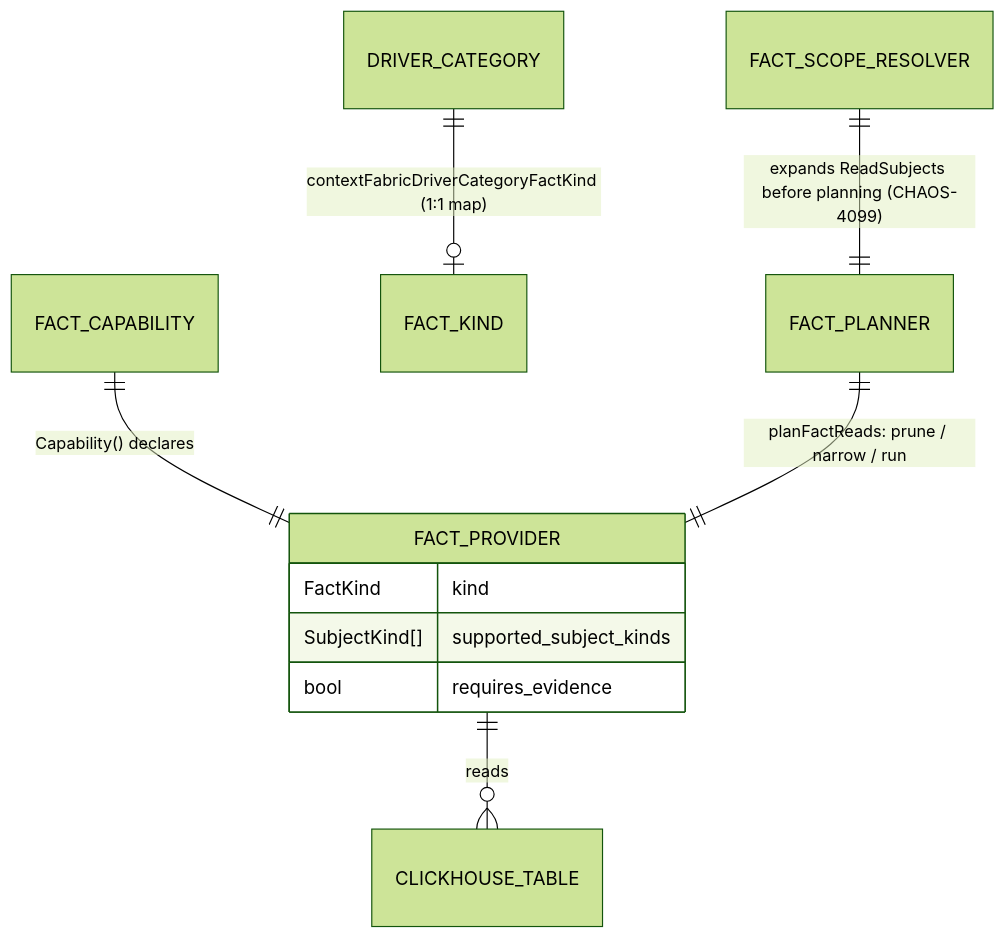
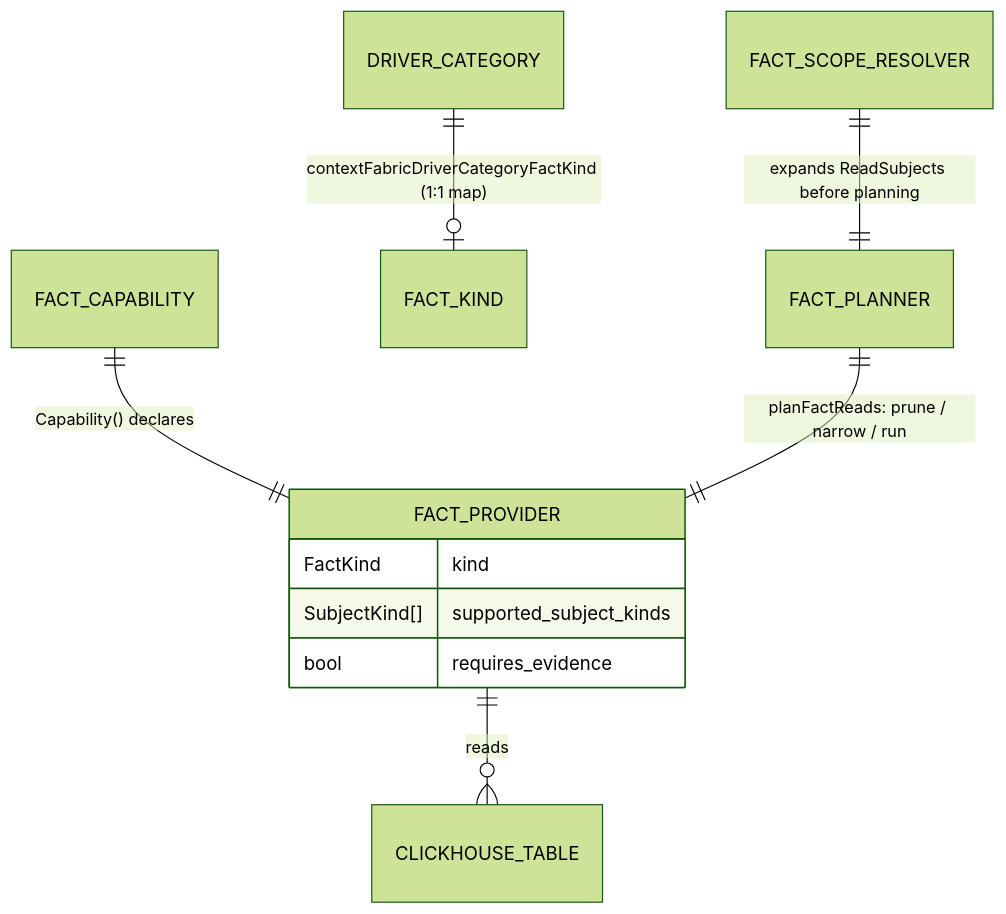
One commit to full-chaos/dev-health-acr changed the fourth of 39 diagrams in docs/design/context-fabric-architecture-diagrams.md. Above: the diagram before and after it, drawn with Mermaid (forest theme). The commit also changed other lines of this file and 61 other files, not shown here.

````diff
--- a/docs/design/context-fabric-architecture-diagrams.md
+++ b/docs/design/context-fabric-architecture-diagrams.md
@@ -1175,13 +1175,13 @@
 ```mermaid
 erDiagram
     FACT_CAPABILITY ||--|| FACT_PROVIDER : "Capability() declares"
     FACT_PROVIDER ||--o{ CLICKHOUSE_TABLE : reads
     FACT_PROVIDER {
         FactKind kind
         SubjectKind[] supported_subject_kinds
         bool requires_evidence
     }
     DRIVER_CATEGORY ||--o| FACT_KIND : "contextFabricDriverCategoryFactKind (1:1 map)"
     FACT_PLANNER ||--|| FACT_PROVIDER : "planFactReads: prune / narrow / run"
-    FACT_SCOPE_RESOLVER ||--|| FACT_PLANNER : "expands ReadSubjects before planning (CHAOS-4099)"
+    FACT_SCOPE_RESOLVER ||--|| FACT_PLANNER : "expands ReadSubjects before planning"
 ```
````
